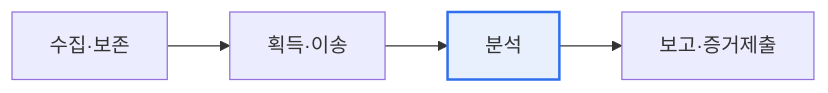
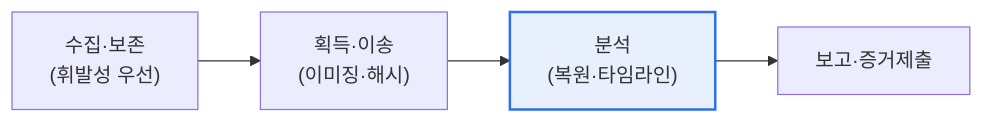
Before and after one commit to coninggu/wjdqhrhksflrltnftk: the first of 2 diagrams in content/digital-forensics.md, drawn with Mermaid. The commit also changed other lines of this file and 3 other files, not shown here.

````diff
--- a/content/digital-forensics.md
+++ b/content/digital-forensics.md
@@ -23,5 +47,5 @@
 ```mermaid
 flowchart LR
-  A[수집·보존] --> B[획득·이송] --> C[분석] --> D[보고·증거제출]
+  A["수집·보존<br/>(휘발성 우선)"] --> B["획득·이송<br/>(이미징·해시)"] --> C["분석<br/>(복원·타임라인)"] --> D["보고·증거제출"]
   style C fill:#e8f0fe,stroke:#2f6fed,stroke-width:2px
 ```
````
